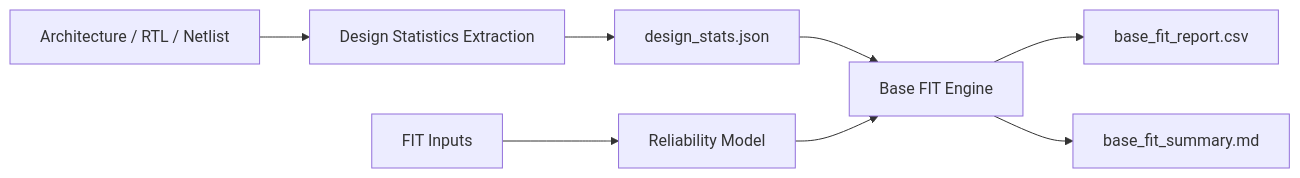
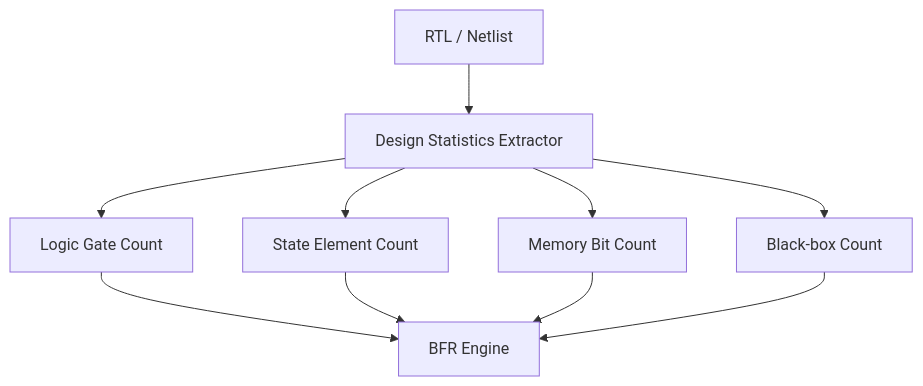
The fifth of 14 diagrams in articles/03_automotive_safeic_practice_d03_github_en_generic.md (qiqixixi1001/automotive-safeic-practice), drawn with Mermaid before and after one commit. The commit also changed other lines of this file, not shown here.

````diff
--- a/articles/03_automotive_safeic_practice_d03_github_en_generic.md
+++ b/articles/03_automotive_safeic_practice_d03_github_en_generic.md
@@ -315,10 +321,12 @@
 ```mermaid
-flowchart LR
-    A[Architecture / RTL / Netlist] --> B[Design Statistics Extraction]
-    B --> C[design_stats.json]
-    D[FIT Inputs] --> E[Reliability Model]
-    C --> F[Base FIT Engine]
-    E --> F
-    F --> G[base_fit_report.csv]
-    F --> H[base_fit_summary.md]
+flowchart TD
+    A[RTL / Netlist] --> B[Design Statistics Extractor]
+    B --> C[Logic Gate Count]
+    B --> D[State Element Count]
+    B --> E[Memory Bit Count]
+    B --> F[Black-box Count]
+    C --> G[BFR Engine]
+    D --> G
+    E --> G
+    F --> G
 ```
````
